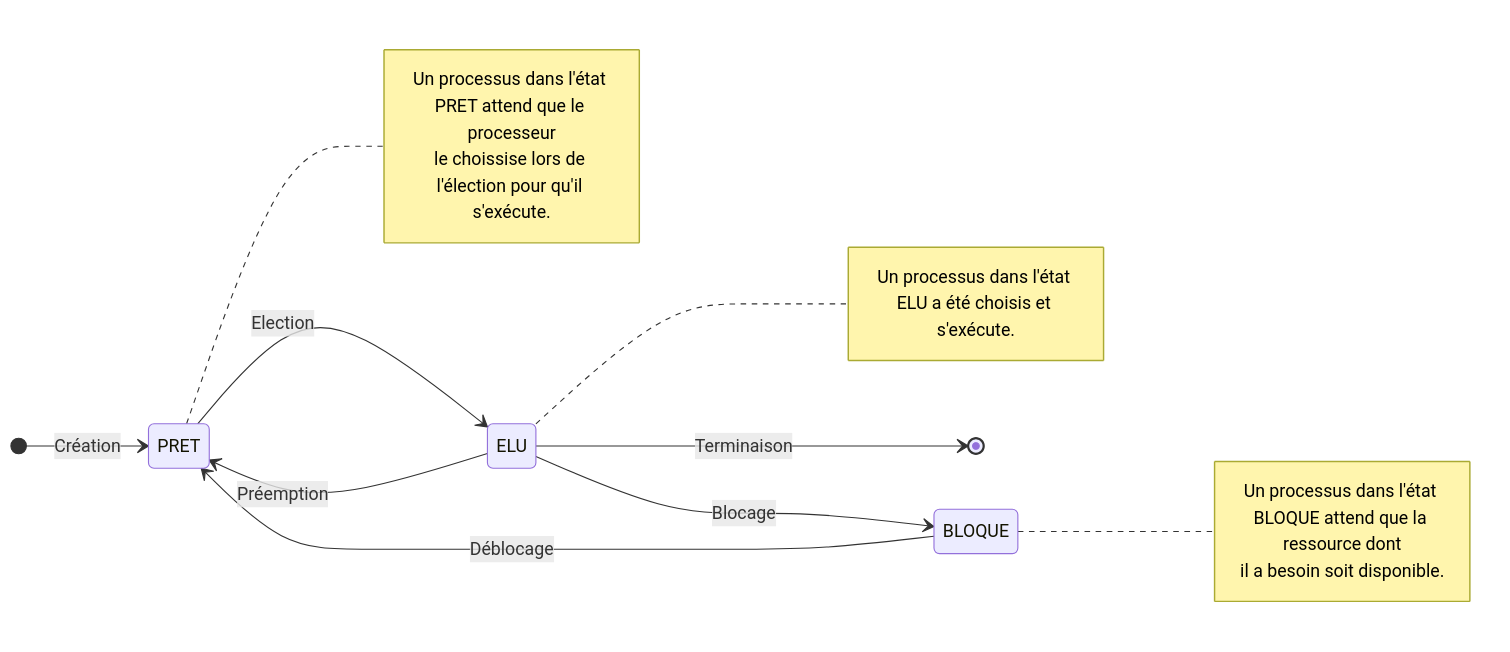
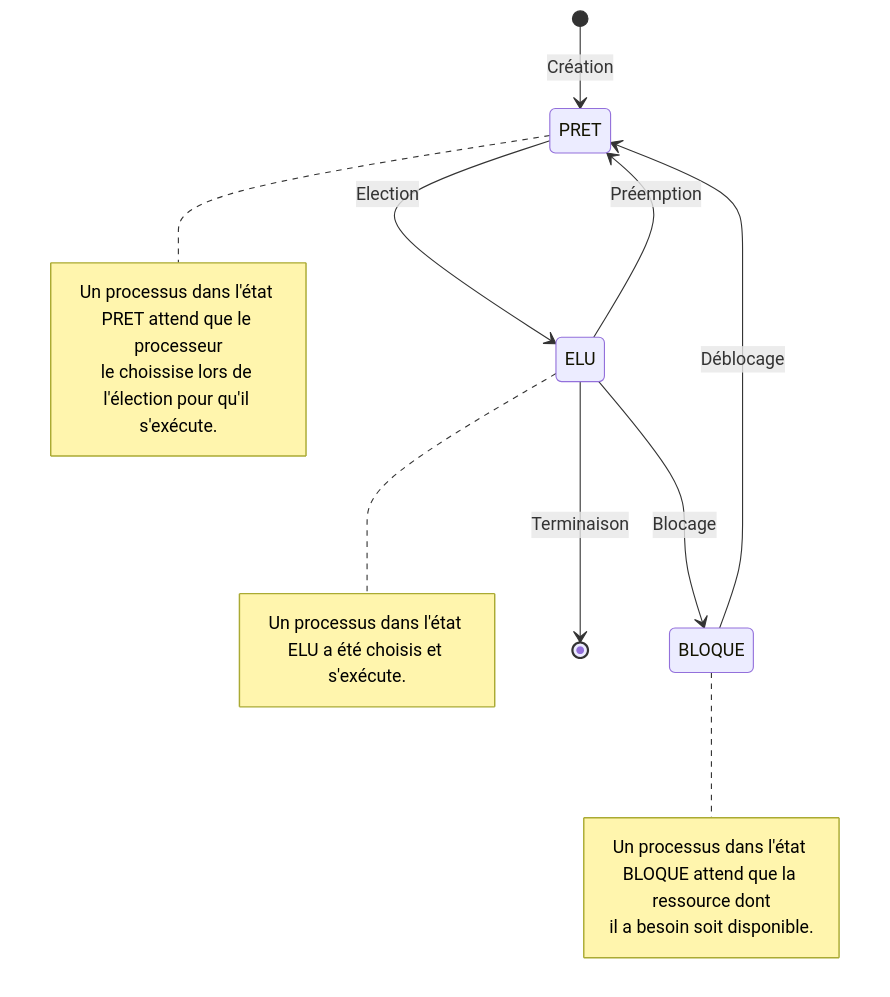
One commit to boddaert/nsi changed the diagram in terminale/Architecture des machines/Gestion_des_processus_et_des_ressources.md. Above: the diagram before and after it, drawn with Mermaid.

````diff
--- a/terminale/Architecture des machines/Gestion_des_processus_et_des_ressources.md
+++ b/terminale/Architecture des machines/Gestion_des_processus_et_des_ressources.md
@@ -33,24 +33,24 @@
 ```mermaid
 stateDiagram-v2
-    direction LR
+    direction TB
     A : PRET
     note right of A
         Un processus dans l'état PRET attend que le processeur
         le choissise lors de l'élection pour qu'il s'exécute.
     end note
     B : ELU
     note right of B
         Un processus dans l'état ELU a été choisis et s'exécute.
     end note
     C : BLOQUE
     note right of C
         Un processus dans l'état BLOQUE attend que la ressource dont
         il a besoin soit disponible.
     end note
     [*] --> A : Création
     A --> B : Election
     B --> A : Préemption
     B --> C : Blocage
     B --> [*] : Terminaison
     C --> A : Déblocage
 ```
````
